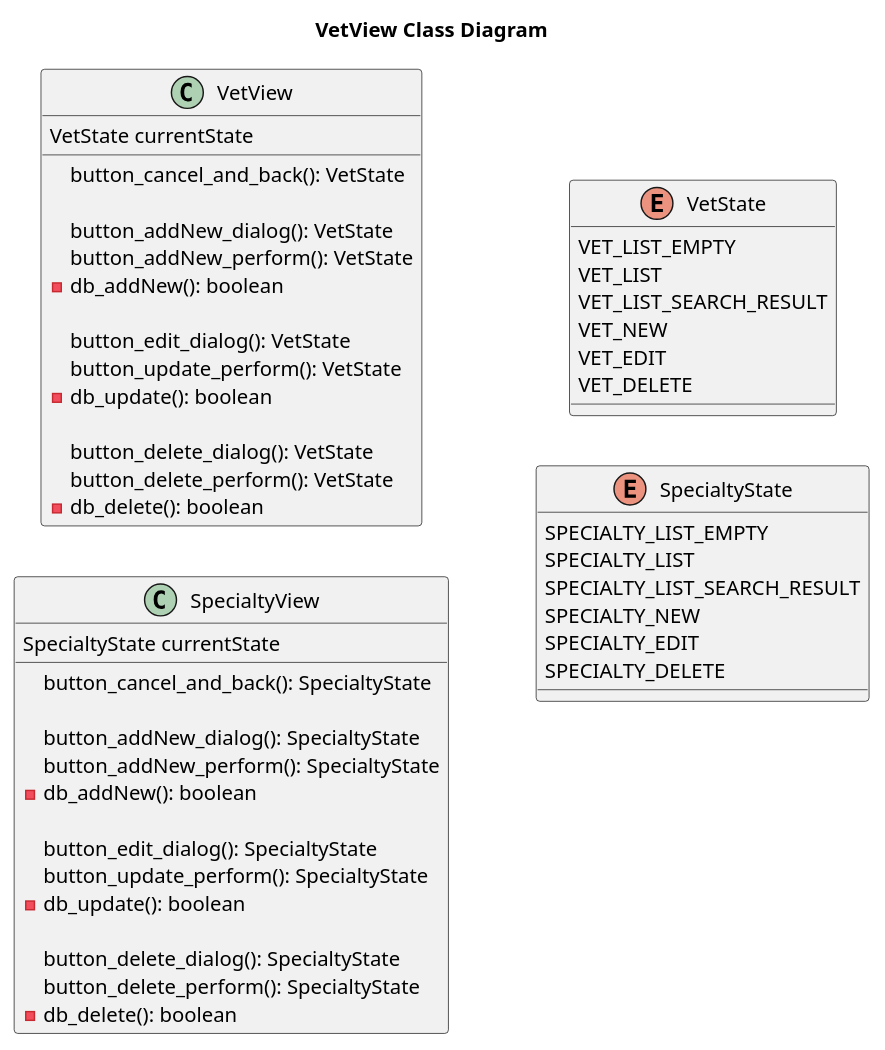
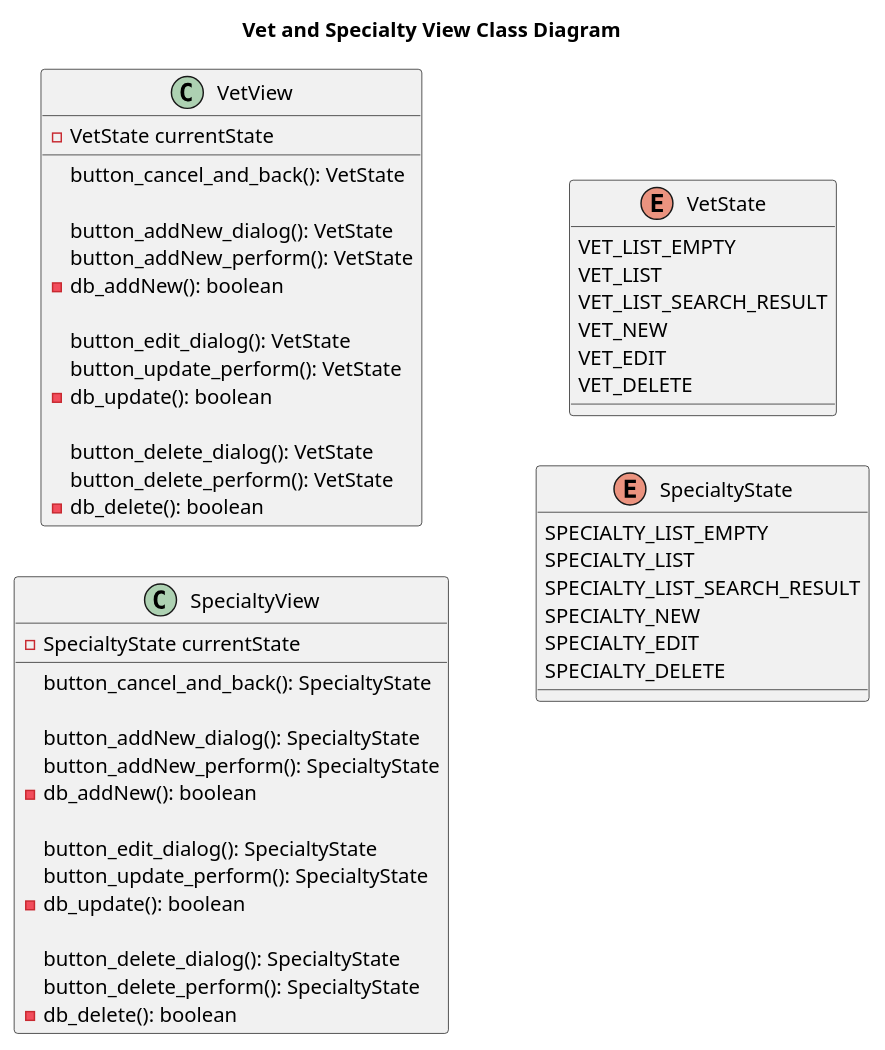
One commit to Jakarta-EE-Petclinic/petclinic-uml changed the diagram in puml/vet/implementation/View__Class.puml. Above: the diagram before and after it, drawn with PlantUML.

```diff
--- a/puml/vet/implementation/View__Class.puml
+++ b/puml/vet/implementation/View__Class.puml
@@ -1,65 +1,66 @@
 @startuml
 'https://plantuml.com/class-diagram
 
-title VetView Class Diagram
+title Vet and Specialty View Class Diagram
 
 left to right direction
 'top to bottom direction
 
 
 class VetView {
-    VetState currentState
+
+    - VetState currentState
 
     button_cancel_and_back(): VetState
 
     button_addNew_dialog(): VetState
     button_addNew_perform(): VetState
     - db_addNew(): boolean
 
     button_edit_dialog(): VetState
     button_update_perform(): VetState
     - db_update(): boolean
 
     button_delete_dialog(): VetState
     button_delete_perform(): VetState
     - db_delete(): boolean
 }
 
 class SpecialtyView {
 
-    SpecialtyState currentState
+    - SpecialtyState currentState
 
     button_cancel_and_back(): SpecialtyState
 
     button_addNew_dialog(): SpecialtyState
     button_addNew_perform(): SpecialtyState
     - db_addNew(): boolean
 
     button_edit_dialog(): SpecialtyState
     button_update_perform(): SpecialtyState
     - db_update(): boolean
 
     button_delete_dialog(): SpecialtyState
     button_delete_perform(): SpecialtyState
     - db_delete(): boolean
 }
 
 enum VetState {
     VET_LIST_EMPTY
     VET_LIST
     VET_LIST_SEARCH_RESULT
     VET_NEW
     VET_EDIT
     VET_DELETE
 }
 
 enum SpecialtyState {
     SPECIALTY_LIST_EMPTY
     SPECIALTY_LIST
     SPECIALTY_LIST_SEARCH_RESULT
     SPECIALTY_NEW
     SPECIALTY_EDIT
     SPECIALTY_DELETE
 }
 
 @enduml
```
